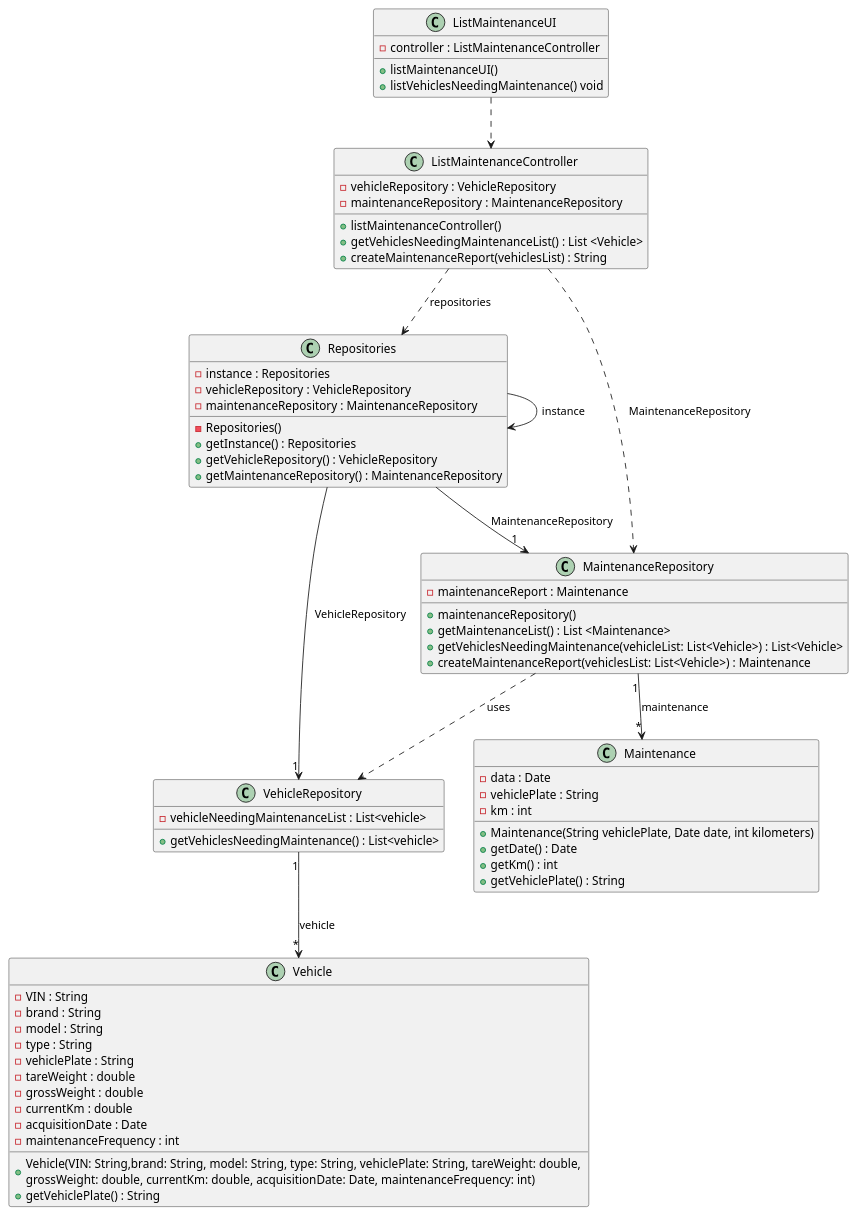
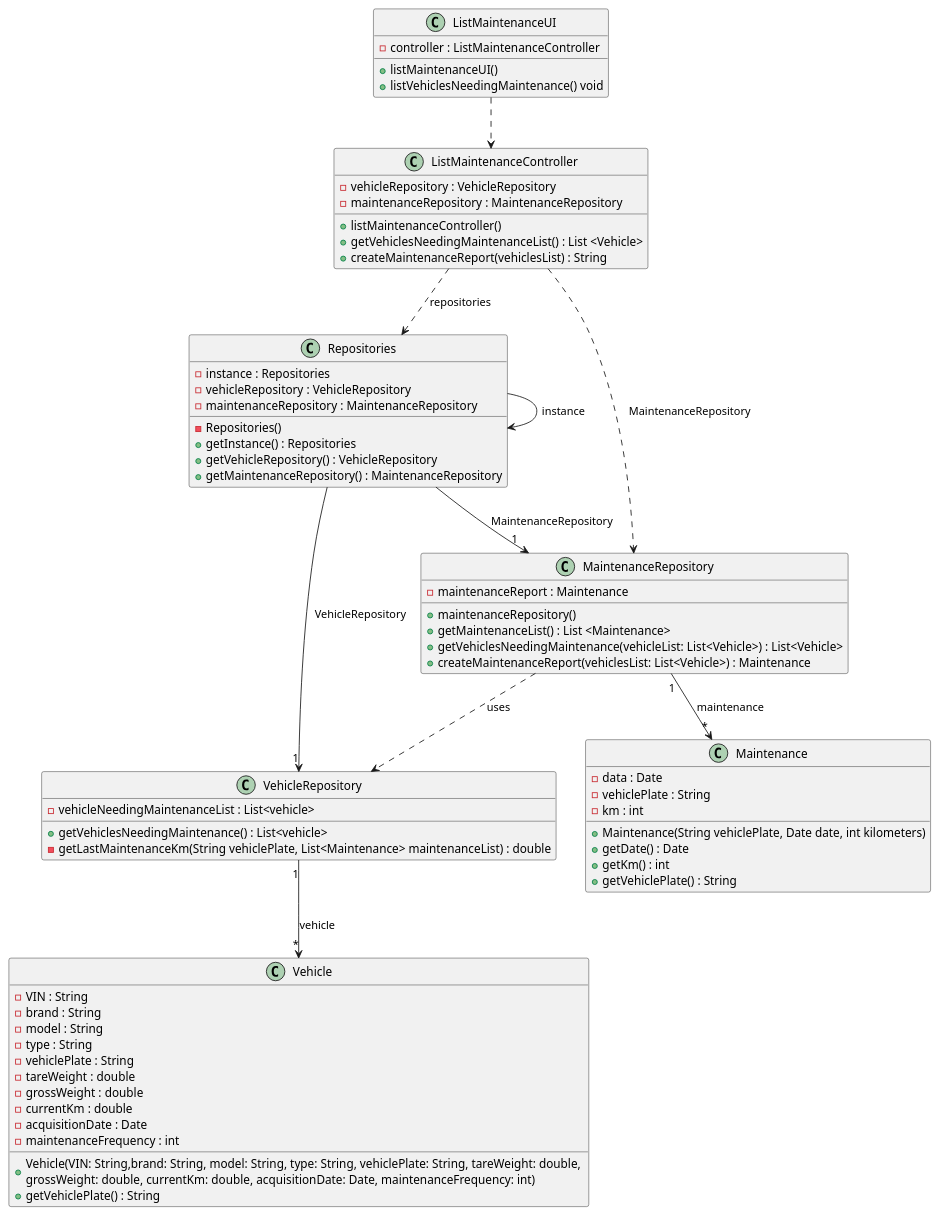
The diagram in docs/sprintB/us008/03.design/puml/us008-class-diagram.puml (ricardomm7/leaflink), drawn with PlantUML before and after one commit. The commit also changed 8 other files, not shown here.

```diff
--- a/docs/sprintB/us008/03.design/puml/us008-class-diagram.puml
+++ b/docs/sprintB/us008/03.design/puml/us008-class-diagram.puml
@@ -1,95 +1,95 @@
 @startuml
 skinparam packageStyle rectangle
 skinparam shadowing false
 skinparam line type polyline
 
 class ListMaintenanceUI{
     - controller : ListMaintenanceController
     + listMaintenanceUI()
     + listVehiclesNeedingMaintenance() void
 }
 
 class ListMaintenanceController {
     - vehicleRepository : VehicleRepository
     - maintenanceRepository : MaintenanceRepository
 
     + listMaintenanceController()
     + getVehiclesNeedingMaintenanceList() : List <Vehicle>
     + createMaintenanceReport(vehiclesList) : String
 }
 
 class Repositories {
         - instance : Repositories
         - vehicleRepository : VehicleRepository
         - maintenanceRepository : MaintenanceRepository
 
         - Repositories()
         + getInstance() : Repositories
         + getVehicleRepository() : VehicleRepository
         + getMaintenanceRepository() : MaintenanceRepository
 }
 
 class VehicleRepository {
     - vehicleNeedingMaintenanceList : List<vehicle>
 
     + getVehiclesNeedingMaintenance() : List<vehicle>
-
+    - getLastMaintenanceKm(String vehiclePlate, List<Maintenance> maintenanceList) : double
 }
 
 class MaintenanceRepository {
     - maintenanceReport : Maintenance
 
     + maintenanceRepository()
     + getMaintenanceList() : List <Maintenance>
     + getVehiclesNeedingMaintenance(vehicleList: List<Vehicle>) : List<Vehicle>
     + createMaintenanceReport(vehiclesList: List<Vehicle>) : Maintenance
 }
 
 class Vehicle {
      - VIN : String
      - brand : String
      - model : String
      - type : String
      - vehiclePlate : String
      - tareWeight : double
      - grossWeight : double
      - currentKm : double
      - acquisitionDate : Date
      - maintenanceFrequency : int
 
     + Vehicle(VIN: String,brand: String, model: String, type: String, vehiclePlate: String, tareWeight: double, \ngrossWeight: double, currentKm: double, acquisitionDate: Date, maintenanceFrequency: int)
     + getVehiclePlate() : String
 }
 
 
 
 class Maintenance {
     - data : Date
     - vehiclePlate : String
     - km : int
 
     + Maintenance(String vehiclePlate, Date date, int kilometers)
     + getDate() : Date
     + getKm() : int
     + getVehiclePlate() : String
 }
 
 ListMaintenanceUI ..> ListMaintenanceController
 
 ListMaintenanceController ..> Repositories: repositories
 
 Repositories --> Repositories: instance
 
 ListMaintenanceController ..> MaintenanceRepository: MaintenanceRepository
 
 Repositories --> "1"VehicleRepository: VehicleRepository
 
 Repositories --> "1"MaintenanceRepository: MaintenanceRepository
 
 VehicleRepository "1"--> "*"Vehicle: vehicle
 
 MaintenanceRepository  ..>  VehicleRepository: uses
 
 MaintenanceRepository "1"-->"*" Maintenance: maintenance
 }
 @enduml
```
